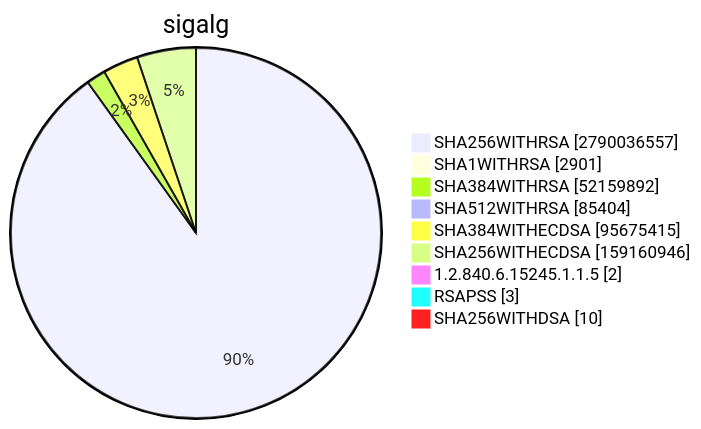
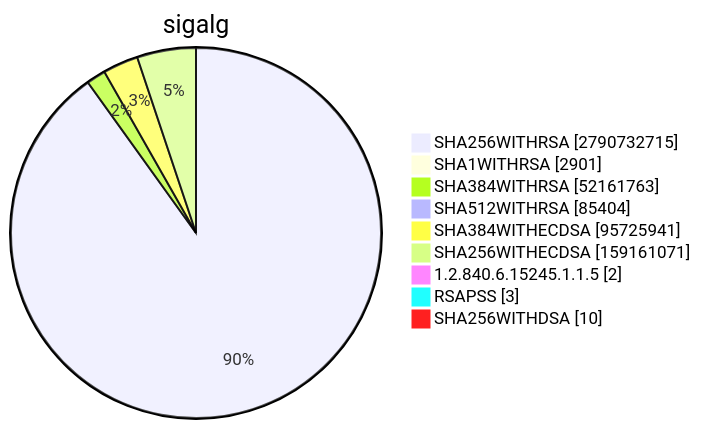
One commit to christiankrug/ctmonitor_visualization changed diagram 15 of 15 in TOTAL/README.md. Above: the diagram before and after it, drawn with Mermaid. The commit also changed other lines of this file, not shown here.

````diff
--- a/TOTAL/README.md
+++ b/TOTAL/README.md
@@ -6205,13 +6205,13 @@
 ```mermaid
 pie showData
 title sigalg
-"SHA256WITHRSA" :2790036557
+"SHA256WITHRSA" :2790732715
 "SHA1WITHRSA" :2901
-"SHA384WITHRSA" :52159892
+"SHA384WITHRSA" :52161763
 "SHA512WITHRSA" :85404
-"SHA384WITHECDSA" :95675415
-"SHA256WITHECDSA" :159160946
+"SHA384WITHECDSA" :95725941
+"SHA256WITHECDSA" :159161071
 "1.2.840.6.15245.1.1.5" :2
 "RSAPSS" :3
 "SHA256WITHDSA" :10
 ```
````
